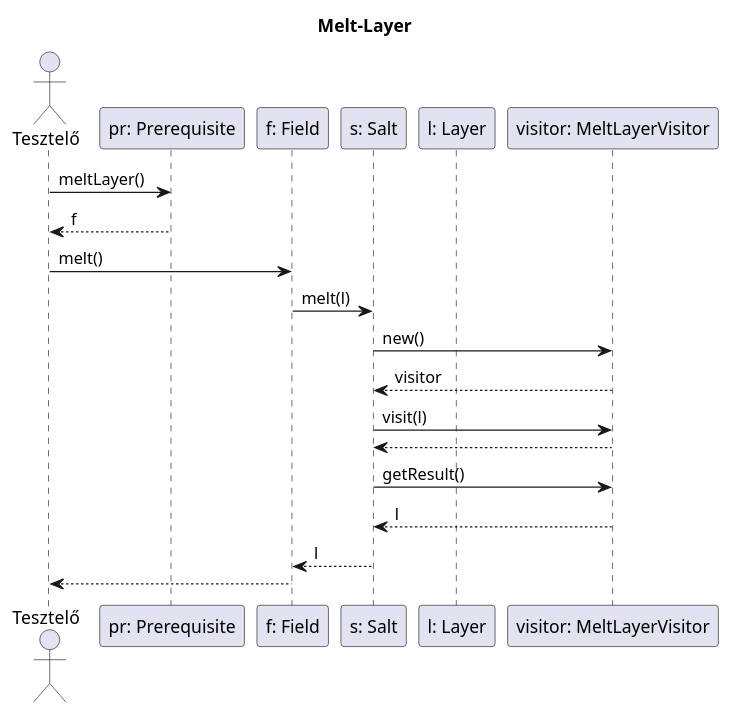
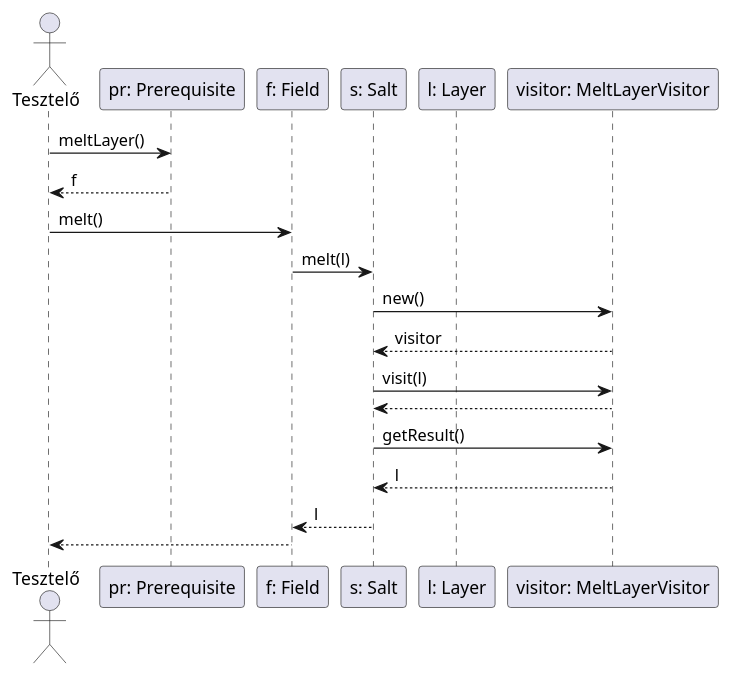
The diagram in docs/skeleton/layermelt/meltlayer.plantuml (uhrinandor/spring), drawn with PlantUML before and after one commit. The commit also changed 8 other files, not shown here.

```diff
--- a/docs/skeleton/layermelt/meltlayer.plantuml
+++ b/docs/skeleton/layermelt/meltlayer.plantuml
@@ -1,25 +1,23 @@
 @startuml
-title Melt-Layer
-
 actor "Tesztelő" as tester
 participant "pr: Prerequisite" as preq
 participant "f: Field" as field
 participant "s: Salt" as salt
 participant "l: Layer" as layer
 participant "visitor: MeltLayerVisitor" as visitor
 tester -> preq: meltLayer()
 preq --> tester: f
 tester -> field: melt()
 
 field -> salt: melt(l)
 
 salt -> visitor: new()
 visitor --> salt: visitor
 salt -> visitor: visit(l)
 visitor --> salt:
 salt -> visitor: getResult()
 visitor --> salt: l
 salt --> field: l
 
 field --> tester:
 @enduml
```
